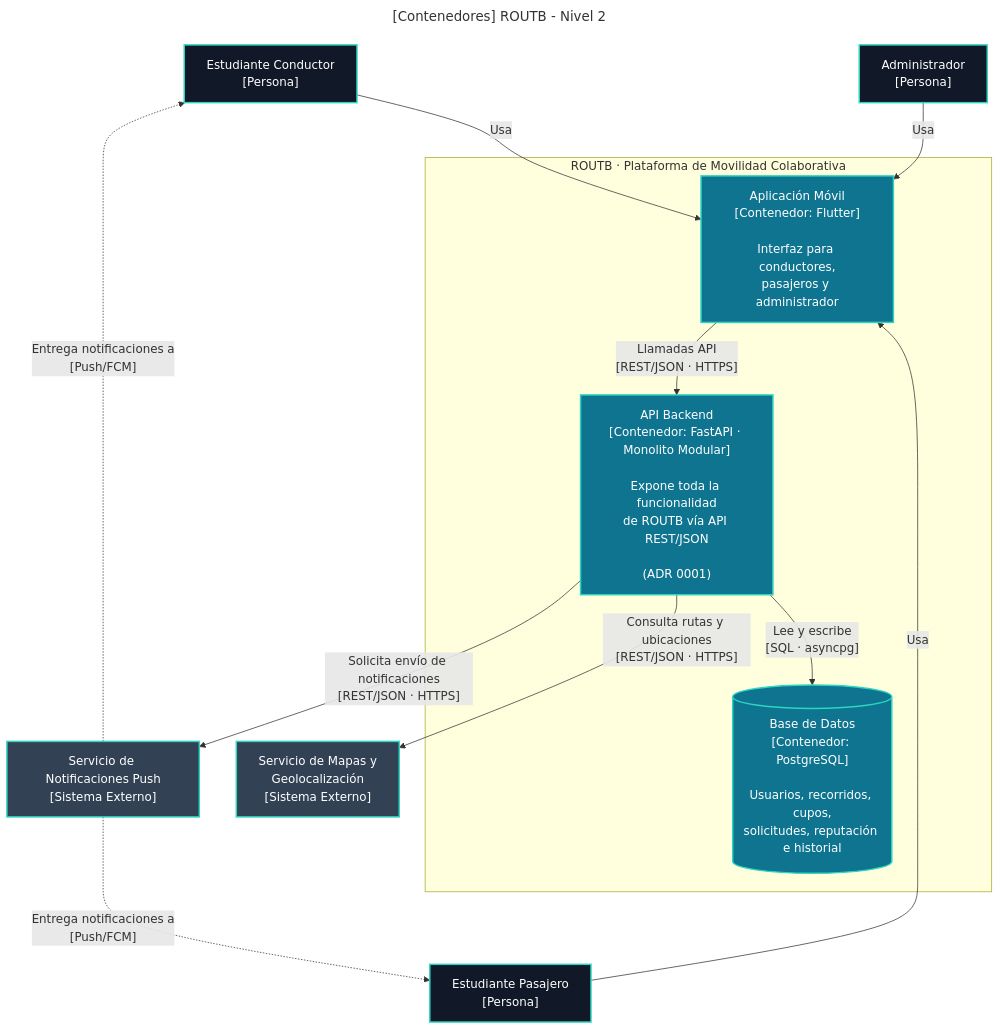
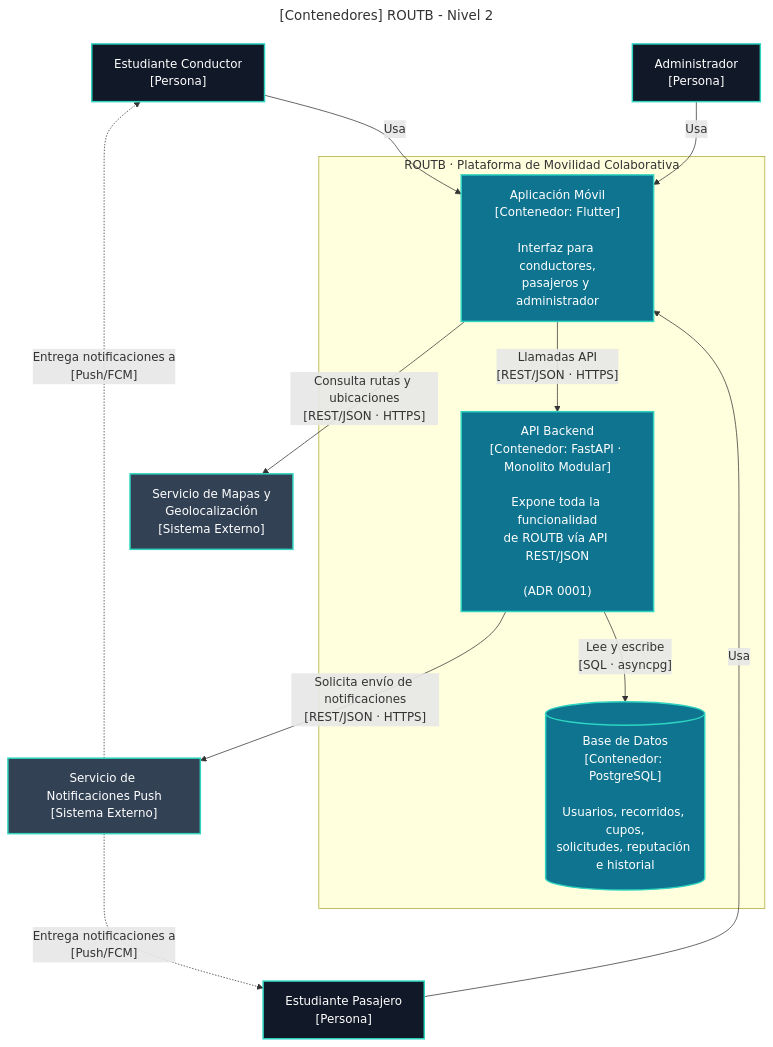
Before and after one commit to ISCOUTB/AS_202620_ROUTB: the second of 3 diagrams in docs/c4/context.md, drawn with Mermaid. The commit also changed other lines of this file and 13 other files, not shown here.

````diff
--- a/docs/c4/context.md
+++ b/docs/c4/context.md
@@ -46,35 +46,35 @@
 ```mermaid
 ---
 title: "[Contenedores] ROUTB - Nivel 2"
 ---
 flowchart TD
     EC["Estudiante Conductor<br/>[Persona]"]
     EP["Estudiante Pasajero<br/>[Persona]"]
     ADM["Administrador<br/>[Persona]"]
 
     subgraph ROUTB["ROUTB · Plataforma de Movilidad Colaborativa"]
         APP["Aplicación Móvil<br/>[Contenedor: Flutter]<br/><br/>Interfaz para conductores,<br/>pasajeros y administrador"]
         API["API Backend<br/>[Contenedor: FastAPI · Monolito Modular]<br/><br/>Expone toda la funcionalidad<br/>de ROUTB vía API REST/JSON<br/><br/>(ADR 0001)"]
         DB[("Base de Datos<br/>[Contenedor: PostgreSQL]<br/><br/>Usuarios, recorridos, cupos,<br/>solicitudes, reputación e historial")]
     end
 
     MAP["Servicio de Mapas y<br/>Geolocalización<br/>[Sistema Externo]"]
     PUSH["Servicio de Notificaciones Push<br/>[Sistema Externo]"]
 
     EC -->|"Usa"| APP
     EP -->|"Usa"| APP
     ADM -->|"Usa"| APP
     APP -->|"Llamadas API<br/>[REST/JSON · HTTPS]"| API
+    APP -->|"Consulta rutas y ubicaciones<br/>[REST/JSON · HTTPS]"| MAP
     API -->|"Lee y escribe<br/>[SQL · asyncpg]"| DB
-    API -->|"Consulta rutas y ubicaciones<br/>[REST/JSON · HTTPS]"| MAP
     API -->|"Solicita envío de notificaciones<br/>[REST/JSON · HTTPS]"| PUSH
     PUSH -.->|"Entrega notificaciones a<br/>[Push/FCM]"| EC
     PUSH -.->|"Entrega notificaciones a<br/>[Push/FCM]"| EP
 
     classDef actor fill:#111827,stroke:#2dd4bf,color:#fff,stroke-width:2px
     classDef container fill:#0e7490,stroke:#2dd4bf,color:#fff,stroke-width:2px
     classDef service fill:#334155,stroke:#2dd4bf,color:#fff,stroke-width:2px
     class EC,EP,ADM actor
     class APP,API,DB container
     class MAP,PUSH service
 ```
````
